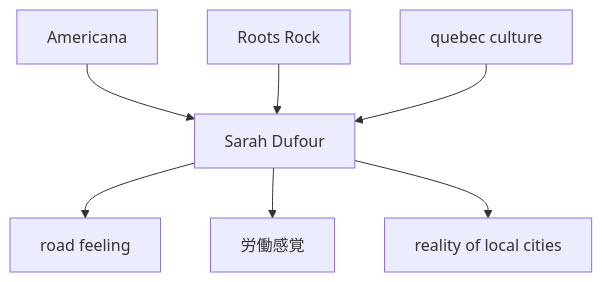
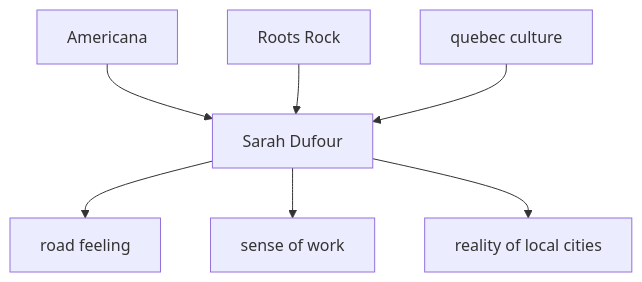
Before and after one commit to monumental-movement/monumental-movement.github.io: the fourth of 9 diagrams in en/_posts/2026-05-09-column-sarah-dufour.md, drawn with Mermaid. The commit also changed other lines of this file and 851 other files, not shown here.

```diff
--- a/en/_posts/2026-05-09-column-sarah-dufour.md
+++ b/en/_posts/2026-05-09-column-sarah-dufour.md
@@ -181,10 +181,10 @@
 <div class="mermaid">
 graph TD
 A[Americana] --> D[Sarah Dufour]
 B[Roots Rock] --> D
 C[quebec culture] --> D
 
 D --> E[road feeling]
-D --> F[労働感覚]
+D --> F[sense of work]
 D --> G[reality of local cities]
 </div>
```
